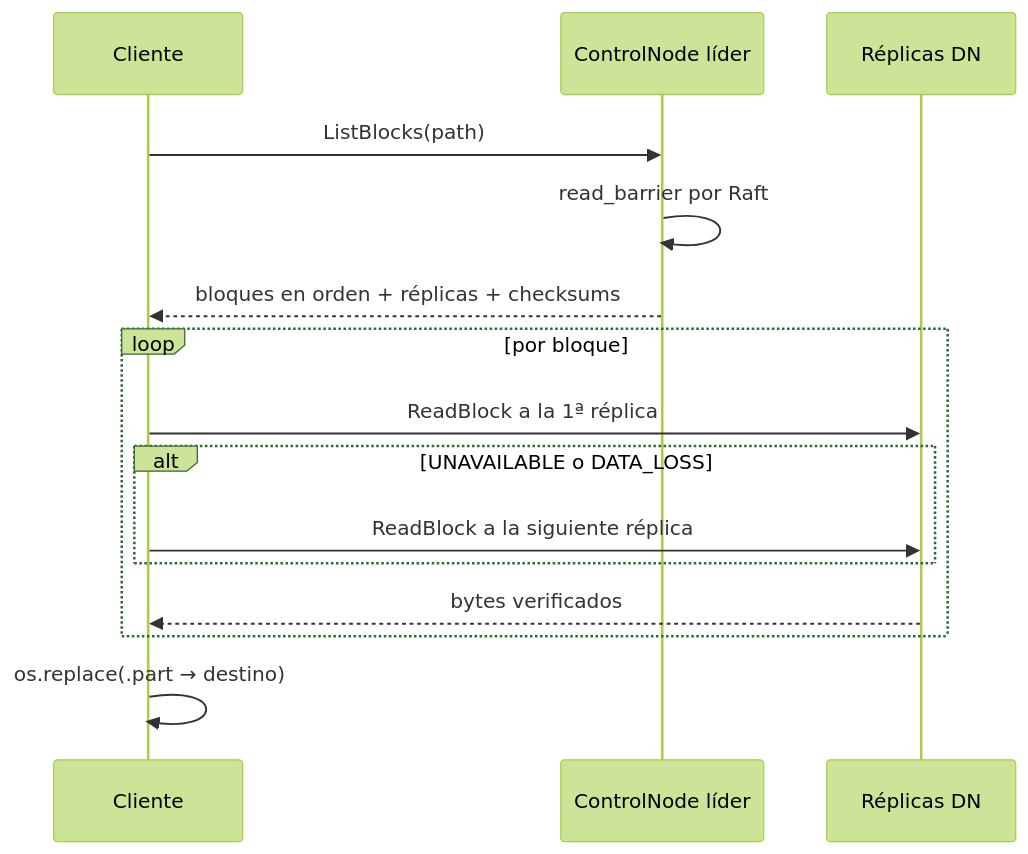
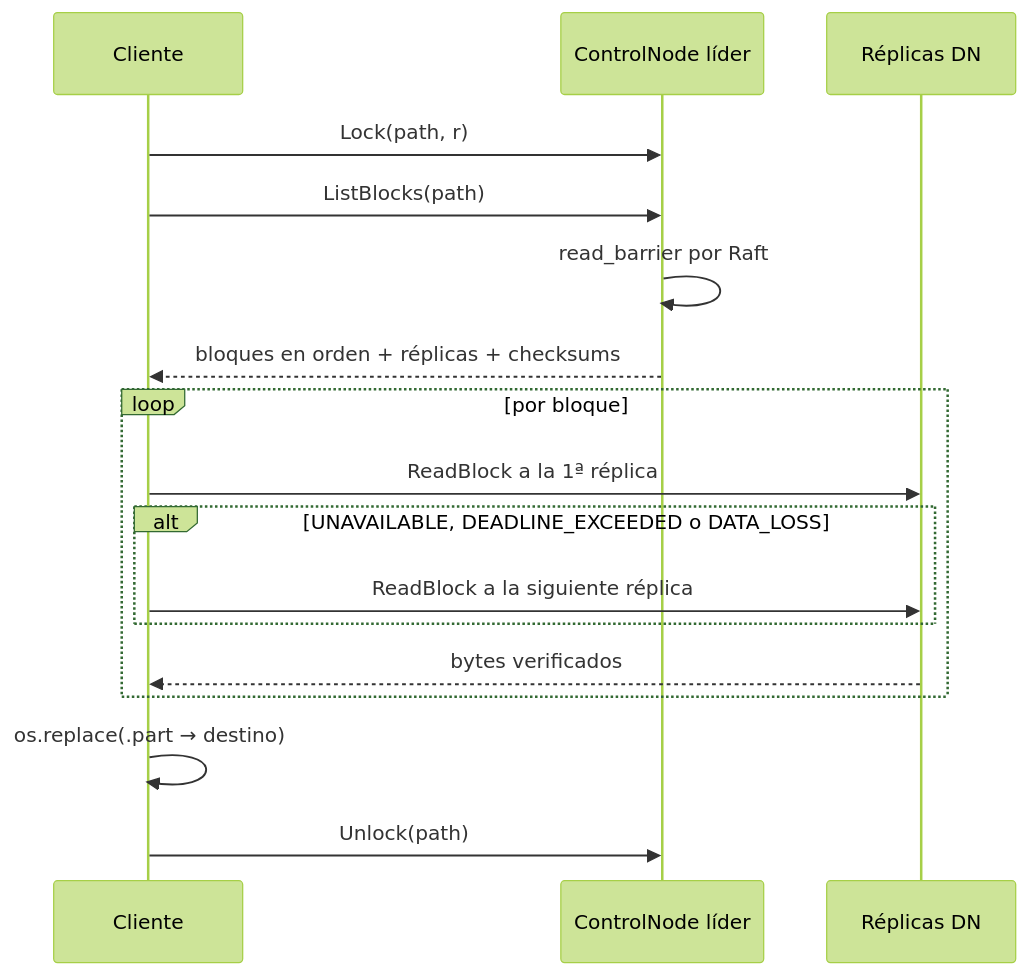
One commit to JeanArdila711/proyecto1-sd changed the fifth of 6 diagrams in docs/especificacion-comunicaciones.md. Above: the diagram before and after it, drawn with Mermaid (forest theme). The commit also changed other lines of this file and 4 other files, not shown here.

Commit message:
Documentación al cierre del Hito 3: guía, README, estado, especificación y diagrama

````diff
--- a/docs/especificacion-comunicaciones.md
+++ b/docs/especificacion-comunicaciones.md
@@ -247,17 +320,19 @@
 ```mermaid
 sequenceDiagram
     participant C as Cliente
     participant L as ControlNode líder
     participant R as Réplicas DN
+    C->>L: Lock(path, r)
     C->>L: ListBlocks(path)
     L->>L: read_barrier por Raft
     L-->>C: bloques en orden + réplicas + checksums
     loop por bloque
         C->>R: ReadBlock a la 1ª réplica
-        alt UNAVAILABLE o DATA_LOSS
+        alt UNAVAILABLE, DEADLINE_EXCEEDED o DATA_LOSS
             C->>R: ReadBlock a la siguiente réplica
         end
         R-->>C: bytes verificados
     end
     C->>C: os.replace(.part → destino)
+    C->>L: Unlock(path)
 ```
````
